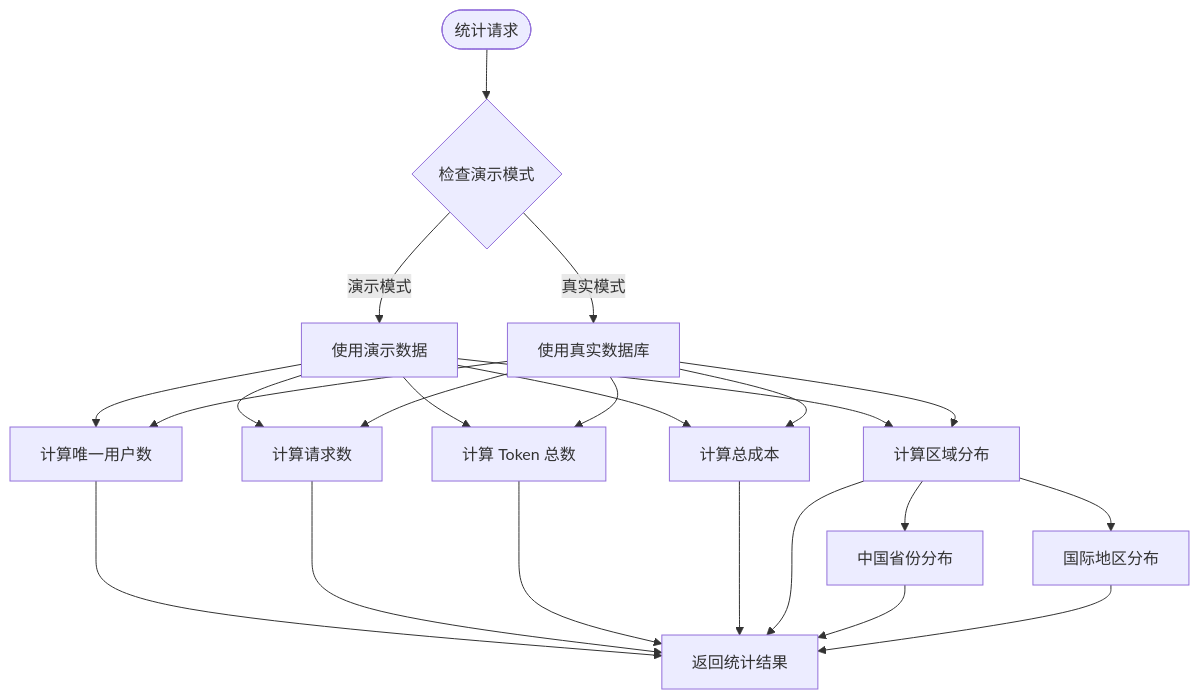
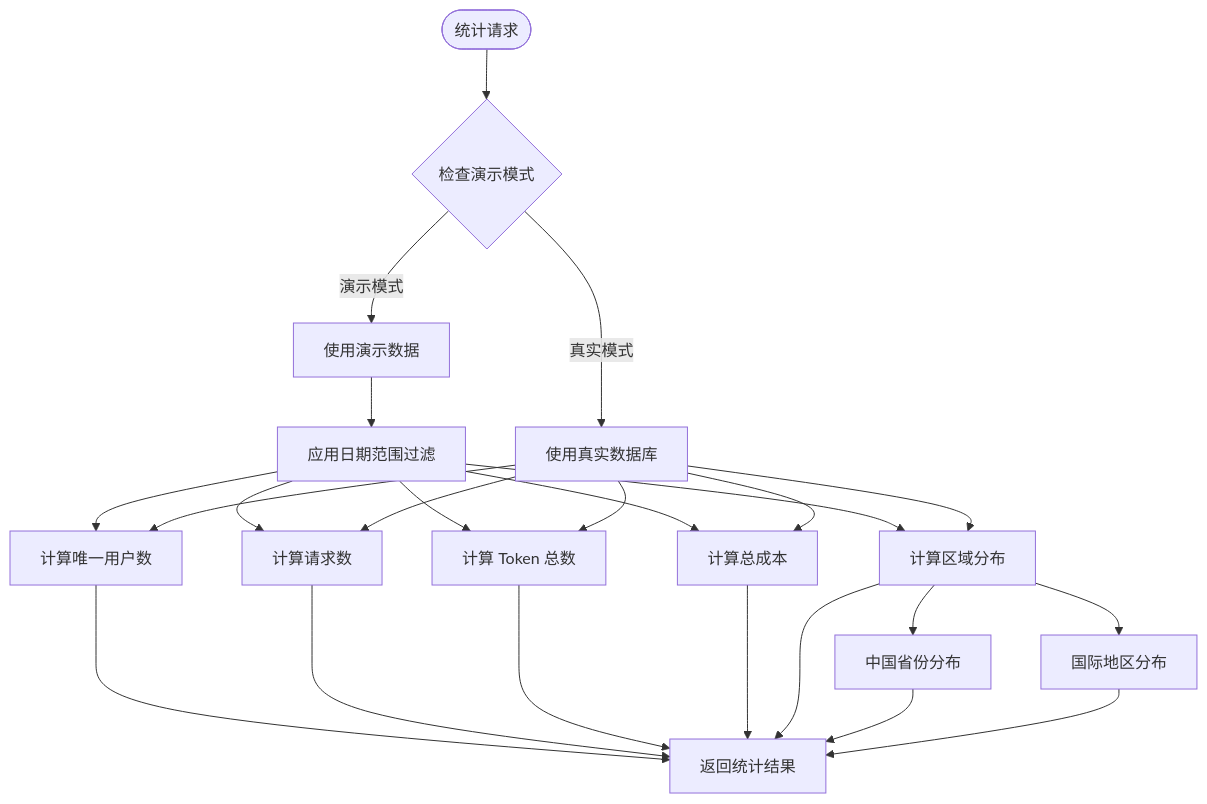
One commit to RadiumAg/AIGate changed the fifth of 12 diagrams in .qoder/repowiki/zh/content/核心功能/演示模式系统.md. Above: the diagram before and after it, drawn with Mermaid. The commit also changed other lines of this file and 8 other files, not shown here.

````diff
--- a/.qoder/repowiki/zh/content/核心功能/演示模式系统.md
+++ b/.qoder/repowiki/zh/content/核心功能/演示模式系统.md
@@ -372,25 +381,26 @@
 ```mermaid
 flowchart TD
 Start([统计请求]) --> CheckMode{检查演示模式}
 CheckMode --> |演示模式| UseDemoData[使用演示数据]
 CheckMode --> |真实模式| UseRealDB[使用真实数据库]
-UseDemoData --> DistinctUsers[计算唯一用户数]
-UseDemoData --> RequestCount[计算请求数]
-UseDemoData --> TokenSum[计算 Token 总数]
-UseDemoData --> CostSum[计算总成本]
-UseDemoData --> RegionDist[计算区域分布]
+UseDemoData --> DateFilter[应用日期范围过滤]
+DateFilter --> DistinctUsers[计算唯一用户数]
+DateFilter --> RequestCount[计算请求数]
+DateFilter --> TokenSum[计算 Token 总数]
+DateFilter --> CostSum[计算总成本]
+DateFilter --> RegionDist[计算区域分布]
 RegionDist --> ChinaProvinces[中国省份分布]
 RegionDist --> InternationalRegions[国际地区分布]
 UseRealDB --> DistinctUsers
 UseRealDB --> RequestCount
 UseRealDB --> TokenSum
 UseRealDB --> CostSum
 UseRealDB --> RegionDist
 DistinctUsers --> ReturnStats[返回统计结果]
 RequestCount --> ReturnStats
 TokenSum --> ReturnStats
 CostSum --> ReturnStats
 RegionDist --> ReturnStats
 ChinaProvinces --> ReturnStats
 InternationalRegions --> ReturnStats
 ```
````
